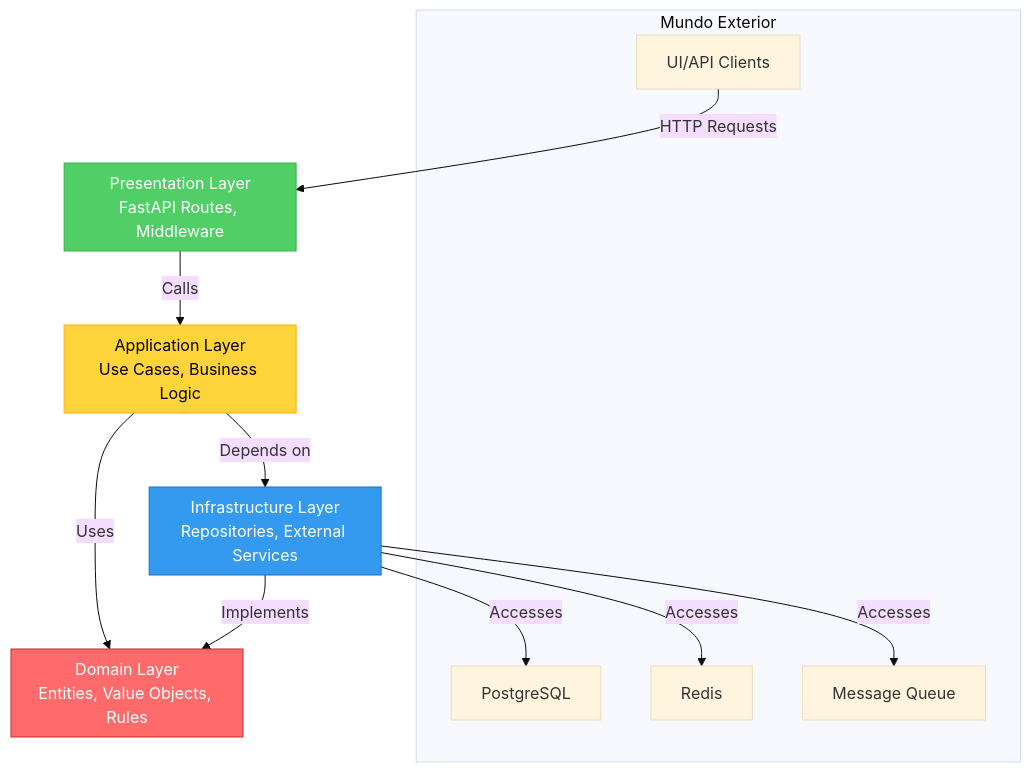
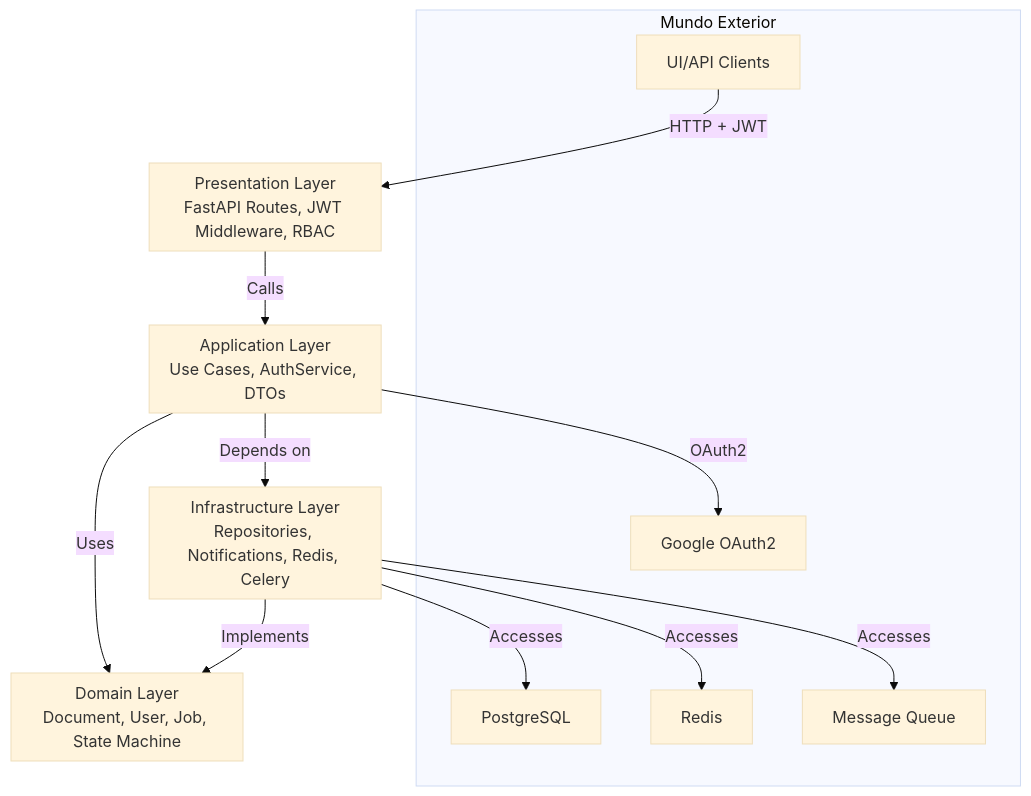
Before and after one commit to abyssorcdev/duppla: the fourth of 16 diagrams in docs/project_design.md, drawn with Mermaid (base theme). The commit also changed other lines of this file, not shown here.

````diff
--- a/docs/project_design.md
+++ b/docs/project_design.md
@@ -231,35 +262,32 @@
 ```mermaid
 graph TD
-    subgraph External[Mundo Exterior]
-        UI[UI/API Clients]
-        DB[PostgreSQL]
-        Cache[Redis]
-        Queue[Message Queue]
+    subgraph External["Mundo Exterior"]
+        UI["UI/API Clients"]
+        DB["PostgreSQL"]
+        Cache["Redis"]
+        Queue["Message Queue"]
+        Google["Google OAuth2"]
     end
 
-    subgraph Presentation[Presentation Layer<br/>FastAPI Routes, Middleware]
+    subgraph Presentation["Presentation Layer<br/>FastAPI Routes, JWT Middleware, RBAC"]
     end
 
-    subgraph Application[Application Layer<br/>Use Cases, Business Logic]
+    subgraph Application["Application Layer<br/>Use Cases, AuthService, DTOs"]
     end
 
-    subgraph Domain[Domain Layer<br/>Entities, Value Objects, Rules]
+    subgraph Domain["Domain Layer<br/>Document, User, Job, State Machine"]
     end
 
-    subgraph Infrastructure[Infrastructure Layer<br/>Repositories, External Services]
+    subgraph Infrastructure["Infrastructure Layer<br/>Repositories, Notifications, Redis, Celery"]
     end
 
-    UI -->|HTTP Requests| Presentation
-    Presentation -->|Calls| Application
-    Application -->|Uses| Domain
-    Application -->|Depends on| Infrastructure
-    Infrastructure -->|Implements| Domain
-    Infrastructure -->|Accesses| DB
-    Infrastructure -->|Accesses| Cache
-    Infrastructure -->|Accesses| Queue
-
-    style Domain fill:#ff6b6b,stroke:#c92a2a,color:#ffffff
-    style Application fill:#ffd43b,stroke:#fab005,color:#000000
-    style Presentation fill:#51cf66,stroke:#37b24d,color:#ffffff
-    style Infrastructure fill:#339af0,stroke:#1971c2,color:#ffffff
+    UI -->|"HTTP + JWT"| Presentation
+    Presentation -->|"Calls"| Application
+    Application -->|"Uses"| Domain
+    Application -->|"Depends on"| Infrastructure
+    Infrastructure -->|"Implements"| Domain
+    Infrastructure -->|"Accesses"| DB
+    Infrastructure -->|"Accesses"| Cache
+    Infrastructure -->|"Accesses"| Queue
+    Application -->|"OAuth2"| Google
 ```
````
